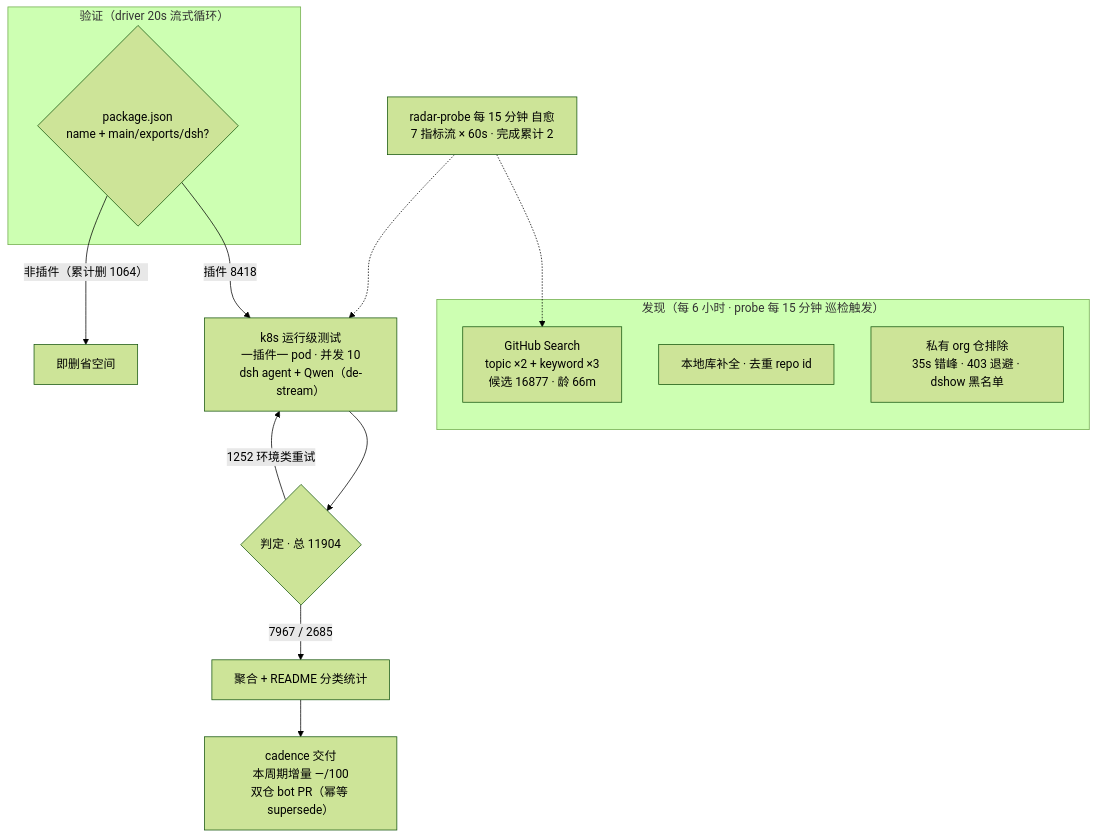
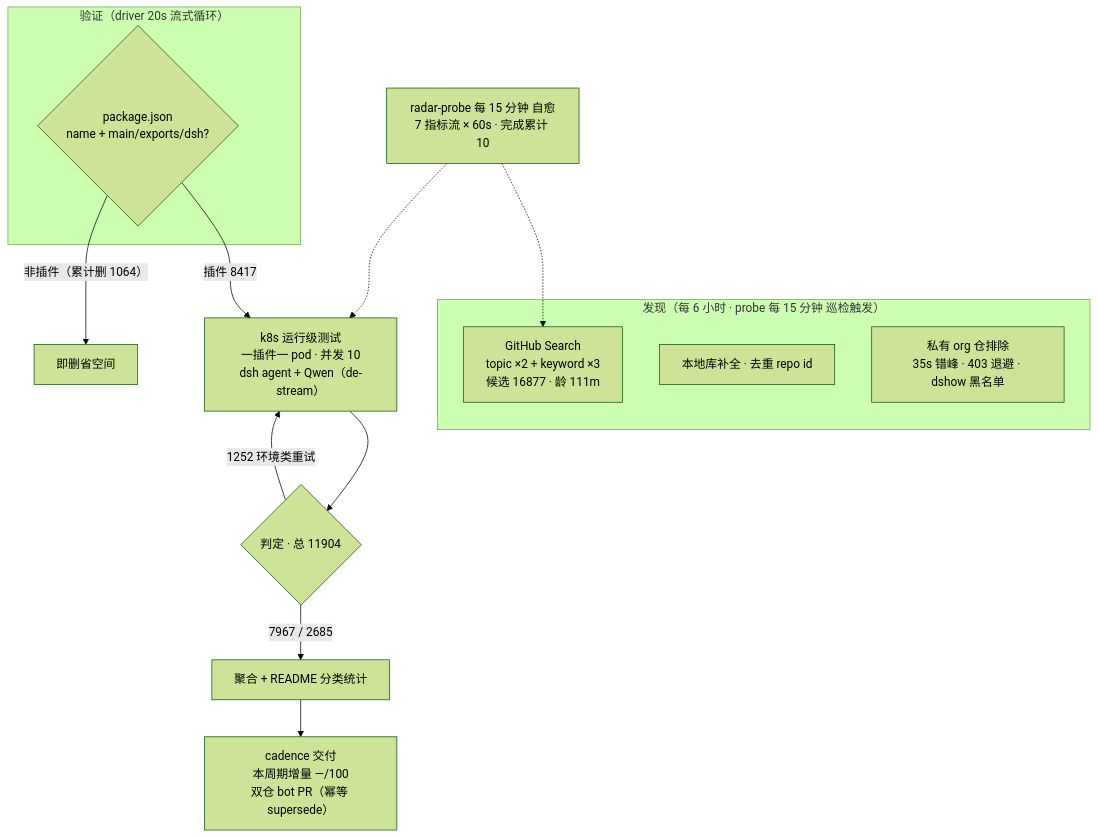
The diagram in README.md (Zhidao-Lab-OSS/awesome-dsh-plugins), drawn with Mermaid (forest theme) before and after one commit. The commit also changed other lines of this file and 1 other file, not shown here.

````diff
--- a/README.md
+++ b/README.md
@@ -52,20 +52,20 @@
 ```mermaid
 flowchart TB
     subgraph Discovery["发现（每 6 小时 · probe 每 15 分钟 巡检触发）"]
-        A1["GitHub Search<br/>topic ×2 + keyword ×3<br/>候选 16877 · 龄 66m"]
+        A1["GitHub Search<br/>topic ×2 + keyword ×3<br/>候选 16877 · 龄 111m"]
         A2["本地库补全 · 去重 repo id"]
         A3["私有 org 仓排除<br/>35s 错峰 · 403 退避 · dshow 黑名单"]
     end
     subgraph Validation["验证（driver 20s 流式循环）"]
         B1{"package.json<br/>name + main/exports/dsh?"}
     end
-    B1 -->|"插件 8418"| C1["k8s 运行级测试<br/>一插件一 pod · 并发 10<br/>dsh agent + Qwen（de-stream）"]
+    B1 -->|"插件 8417"| C1["k8s 运行级测试<br/>一插件一 pod · 并发 10<br/>dsh agent + Qwen（de-stream）"]
     B1 -->|"非插件（累计删 1064）"| B3["即删省空间"]
     C1 --> D1{"判定 · 总 11904"}
     D1 -->|"7967 / 2685"| E1["聚合 + README 分类统计"]
     D1 -->|"1252 环境类重试"| C1
     E1 --> E2["cadence 交付<br/>本周期增量 —/100<br/>双仓 bot PR（幂等 supersede）"]
-    M["radar-probe 每 15 分钟 自愈<br/>7 指标流 × 60s · 完成累计 2"]
+    M["radar-probe 每 15 分钟 自愈<br/>7 指标流 × 60s · 完成累计 10"]
     M -.-> A1
     M -.-> C1
 ```
````
